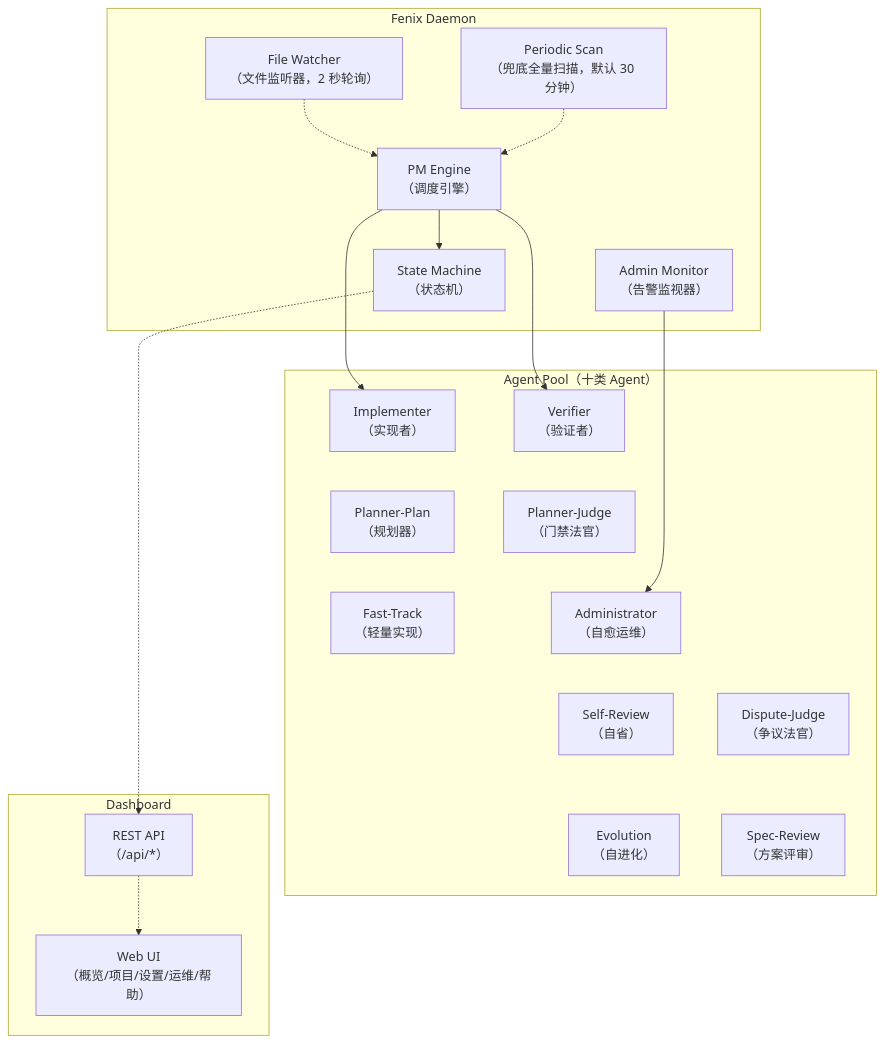
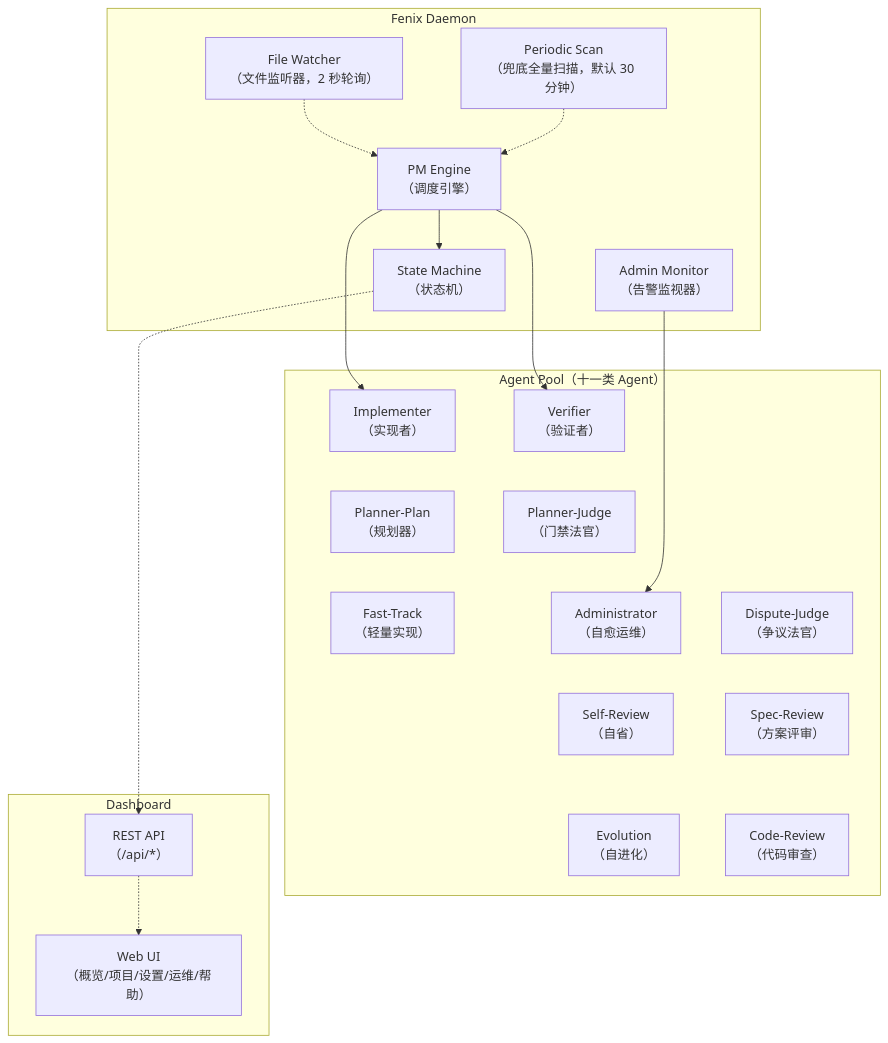
One commit to fenixsoft/fenixd changed the first of 2 diagrams in docs/help/02-concepts.md. Above: the diagram before and after it, drawn with Mermaid. The commit also changed other lines of this file and 25 other files, not shown here.

First line of the commit message:
[fenix] add-code-review-agent-and-quality-tab: 实现周期性代码审查车道与项目页质量分面

````diff
--- a/docs/help/02-concepts.md
+++ b/docs/help/02-concepts.md
@@ -16,47 +16,49 @@
 ```mermaid
 graph TB
     subgraph DAEMON ["Fenix Daemon"]
         FW["File Watcher\n（文件监听器，2 秒轮询）"]
         SC["Periodic Scan\n（兜底全量扫描，默认 30 分钟）"]
         AM["Admin Monitor\n（告警监视器）"]
         PM["PM Engine\n（调度引擎）"]
         SM["State Machine\n（状态机）"]
         FW -.-> PM
         SC -.-> PM
         PM --> SM
     end
 
-    subgraph POOL ["Agent Pool（十类 Agent）"]
+    subgraph POOL ["Agent Pool（十一类 Agent）"]
         IMP["Implementer\n（实现者）"]
         VER["Verifier\n（验证者）"]
         PP["Planner-Plan\n（规划器）"]
         PJ["Planner-Judge\n（门禁法官）"]
         FT["Fast-Track\n（轻量实现）"]
         ADM["Administrator\n（自愈运维）"]
         SR["Self-Review\n（自省）"]
         DJ["Dispute-Judge\n（争议法官）"]
         EV["Evolution\n（自进化）"]
         REV["Spec-Review\n（方案评审）"]
+        CR["Code-Review\n（代码审查）"]
         IMP ~~~ PP
         PP ~~~ FT
         VER ~~~ PJ
         PJ ~~~ ADM
         ADM ~~~ SR
         SR ~~~ EV
         DJ ~~~ REV
+        REV ~~~ CR
     end
 
     subgraph DASH ["Dashboard"]
         API["REST API\n（/api/*）"]
         WEB["Web UI\n（概览/项目/设置/运维/帮助）"]
         API -.-> WEB
     end
 
     PM --> IMP
     PM --> VER
     AM --> ADM
     SM -.-> API
     SM ~~~ IMP
     SM ~~~ VER
     SR ~~~ API
 ```
````
